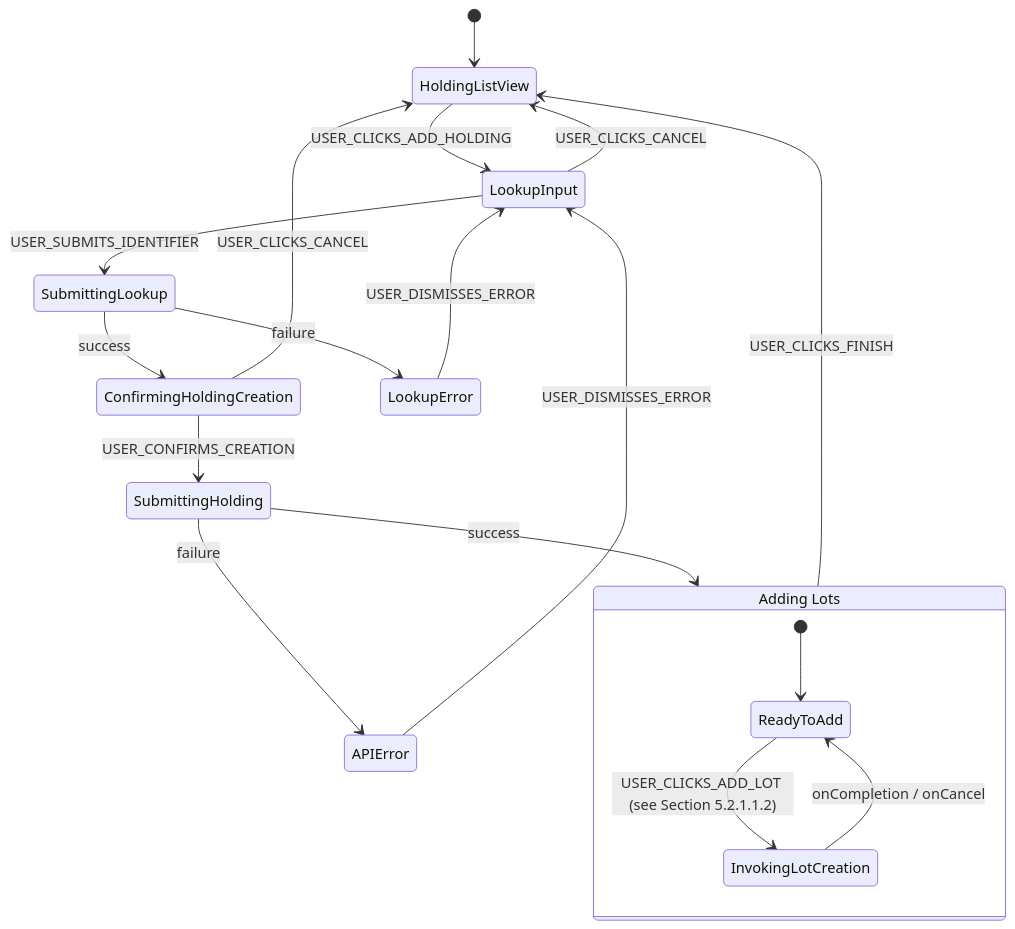
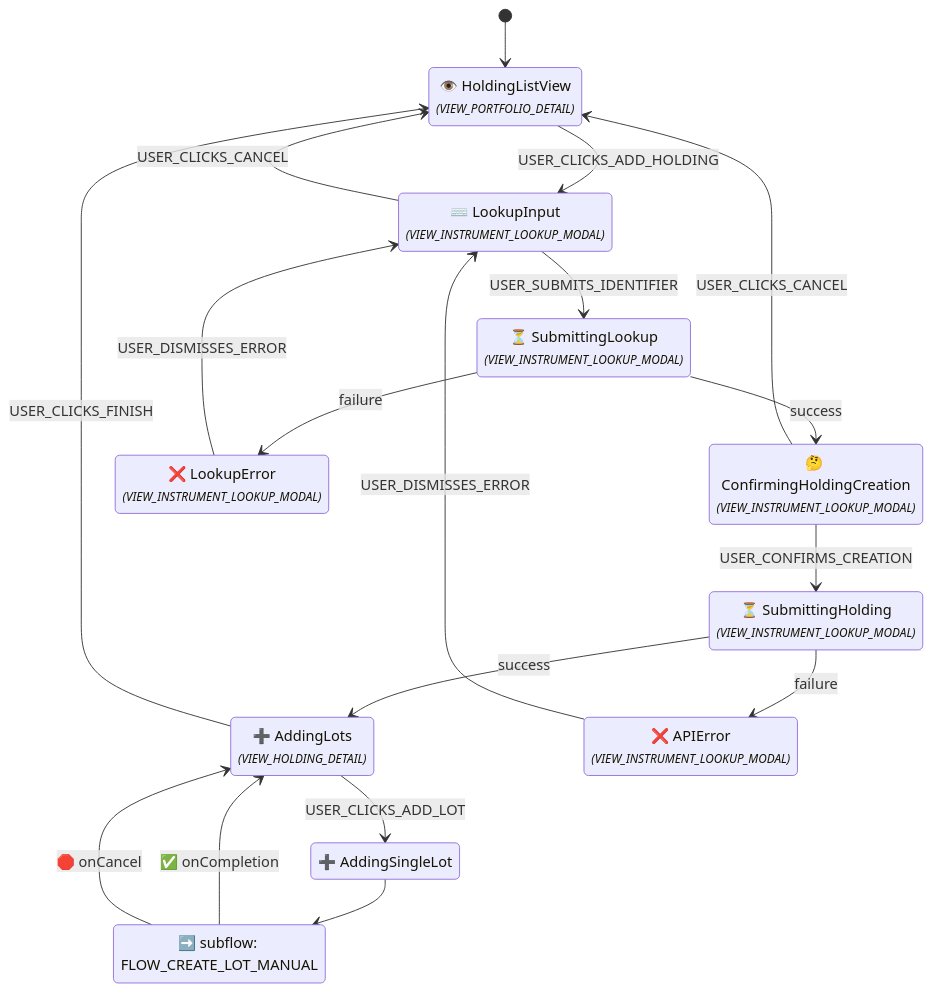
One commit to enzhao/Sentinel changed diagram 16 of 60 in product_spec.md. Above: the diagram before and after it, drawn with Mermaid. The commit also changed other lines of this file and 3 other files, not shown here.

First line of the commit message:
docs(spec): refine and clarify UI flow specifications

````diff
--- a/product_spec.md
+++ b/product_spec.md
@@ -916,27 +977,31 @@
 ```mermaid
 stateDiagram-v2
+    %% Flow ID: FLOW_ADD_HOLDING_MANUAL
     [*] --> HoldingListView
+    state "👁️ HoldingListView<br/><font size="2"><i>(VIEW_PORTFOLIO_DETAIL)</i></font>" as HoldingListView
     HoldingListView --> LookupInput : USER_CLICKS_ADD_HOLDING
+    state "⌨️ LookupInput<br/><font size="2"><i>(VIEW_INSTRUMENT_LOOKUP_MODAL)</i></font>" as LookupInput
+    LookupInput --> SubmittingLookup : USER_SUBMITS_IDENTIFIER
     LookupInput --> HoldingListView : USER_CLICKS_CANCEL
-    LookupInput --> SubmittingLookup : USER_SUBMITS_IDENTIFIER
-
+    state "⏳ SubmittingLookup<br/><font size="2"><i>(VIEW_INSTRUMENT_LOOKUP_MODAL)</i></font>" as SubmittingLookup
     SubmittingLookup --> ConfirmingHoldingCreation : success
     SubmittingLookup --> LookupError : failure
-
+    state "🤔 ConfirmingHoldingCreation<br/><font size="2"><i>(VIEW_INSTRUMENT_LOOKUP_MODAL)</i></font>" as ConfirmingHoldingCreation
     ConfirmingHoldingCreation --> SubmittingHolding : USER_CONFIRMS_CREATION
     ConfirmingHoldingCreation --> HoldingListView : USER_CLICKS_CANCEL
-
+    state "⏳ SubmittingHolding<br/><font size="2"><i>(VIEW_INSTRUMENT_LOOKUP_MODAL)</i></font>" as SubmittingHolding
     SubmittingHolding --> AddingLots : success
     SubmittingHolding --> APIError : failure
-
-    state "Adding Lots" as AddingLots {
-        [*] --> ReadyToAdd
-        ReadyToAdd --> InvokingLotCreation : USER_CLICKS_ADD_LOT (see Section 5.2.1.1.2)
-        InvokingLotCreation --> ReadyToAdd : onCompletion / onCancel
-    }
-    
+    state "➕ AddingLots<br/><font size="2"><i>(VIEW_HOLDING_DETAIL)</i></font>" as AddingLots
+    AddingLots --> AddingSingleLot : USER_CLICKS_ADD_LOT
     AddingLots --> HoldingListView : USER_CLICKS_FINISH
-
+    state "➕ AddingSingleLot" as AddingSingleLot
+    state "➡️ subflow: FLOW_CREATE_LOT_MANUAL" as AddingSingleLot_subflow_node
+    AddingSingleLot --> AddingSingleLot_subflow_node
+    AddingSingleLot_subflow_node --> AddingLots : ✅ onCompletion
+    AddingSingleLot_subflow_node --> AddingLots : 🛑 onCancel
+    state "❌ LookupError<br/><font size="2"><i>(VIEW_INSTRUMENT_LOOKUP_MODAL)</i></font>" as LookupError
     LookupError --> LookupInput : USER_DISMISSES_ERROR
+    state "❌ APIError<br/><font size="2"><i>(VIEW_INSTRUMENT_LOOKUP_MODAL)</i></font>" as APIError
     APIError --> LookupInput : USER_DISMISSES_ERROR
 ```
````
